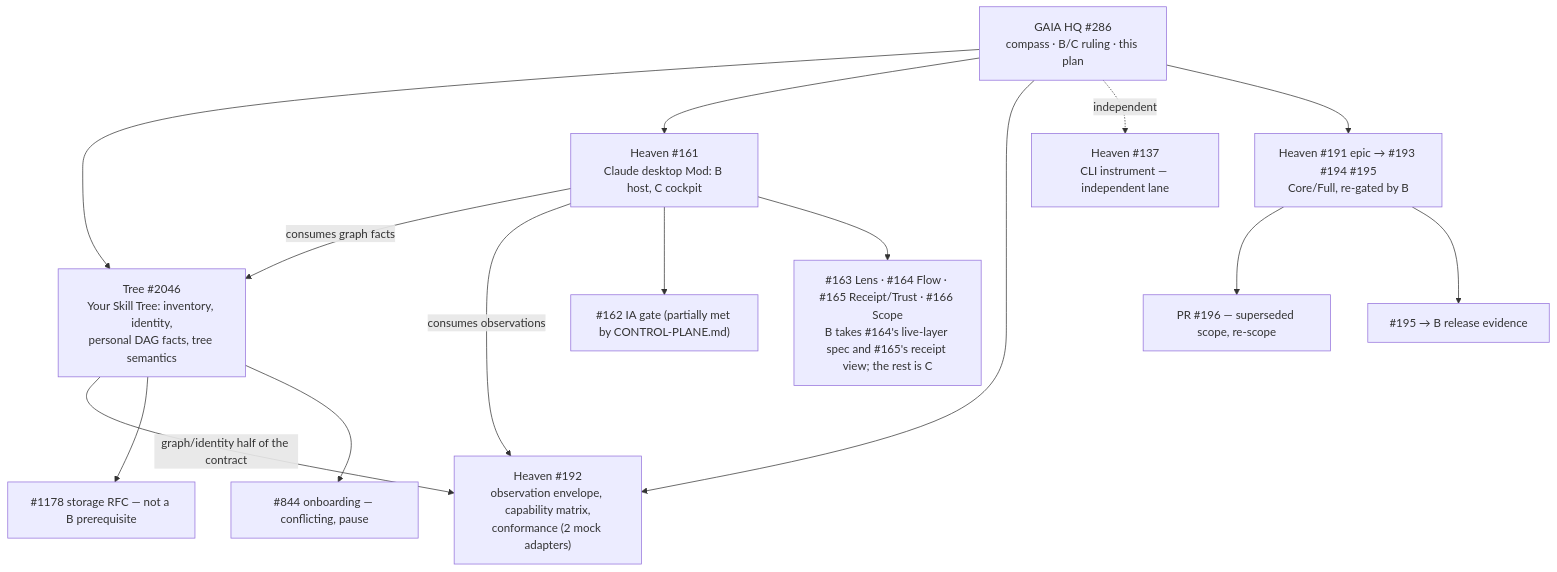
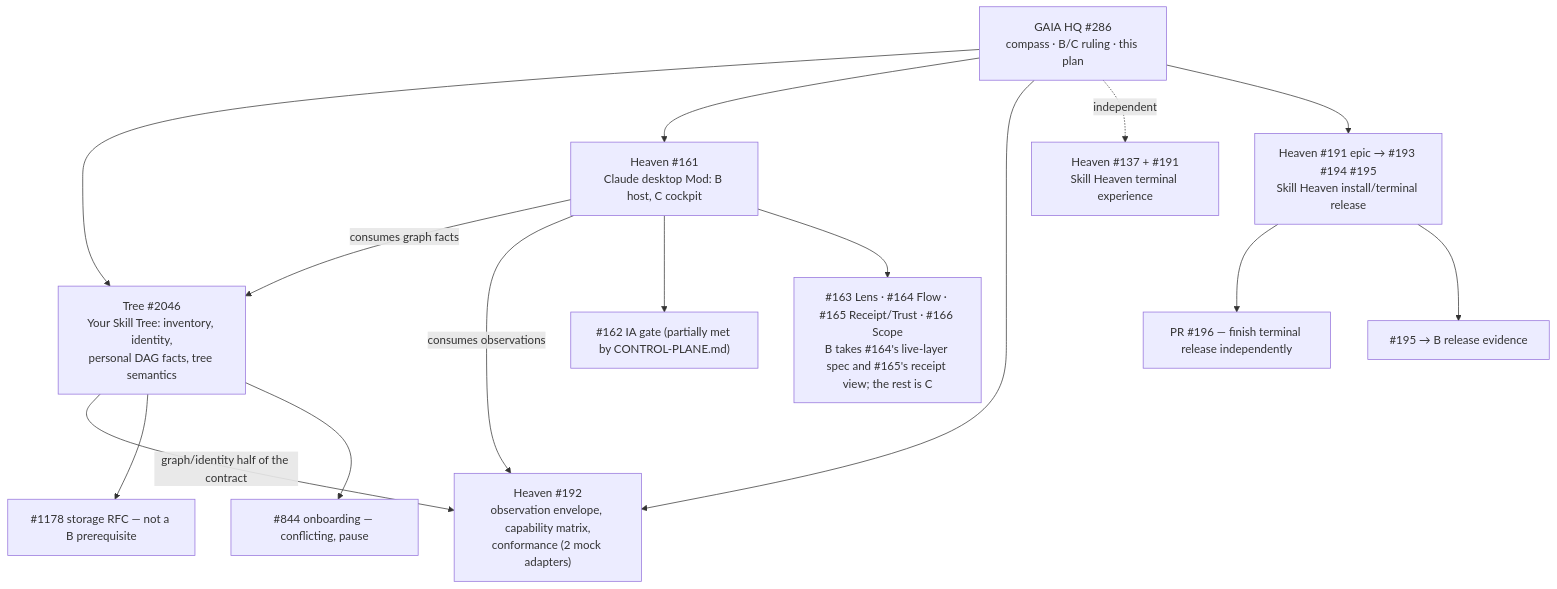
The diagram in docs/plans/living-desktop/README.md (gaia-research/gaia-research), drawn with Mermaid before and after one commit. The commit also changed other lines of this file, not shown here.

Commit message:
docs(plan): untangle Skill Heaven terminal profiles from Living Desktop gate

````diff
--- a/docs/plans/living-desktop/README.md
+++ b/docs/plans/living-desktop/README.md
@@ -157,23 +153,23 @@
 ```mermaid
 flowchart TD
   HQ["GAIA HQ #286<br/>compass · B/C ruling · this plan"]
   YST["Tree #2046<br/>Your Skill Tree: inventory, identity,<br/>personal DAG facts, tree semantics"]
   SHD["Heaven #161<br/>Claude desktop Mod: B host, C cockpit"]
   CON["Heaven #192<br/>observation envelope, capability matrix,<br/>conformance (2 mock adapters)"]
-  CLI["Heaven #137<br/>CLI instrument — independent lane"]
-  EPIC["Heaven #191 epic → #193 #194 #195<br/>Core/Full, re-gated by B"]
+  CLI["Heaven #137 + #191<br/>Skill Heaven terminal experience"]
+  EPIC["Heaven #191 epic → #193 #194 #195<br/>Skill Heaven install/terminal release"]
   HQ --> YST
   HQ --> SHD
   HQ --> CON
   HQ -. "independent" .-> CLI
   HQ --> EPIC
   YST -- "graph/identity half of the contract" --> CON
   SHD -- "consumes graph facts" --> YST
   SHD -- "consumes observations" --> CON
   SHD --> G162["#162 IA gate (partially met by CONTROL-PLANE.md)"]
   SHD --> C1["#163 Lens · #164 Flow · #165 Receipt/Trust · #166 Scope<br/>B takes #164's live-layer spec and #165's receipt view; the rest is C"]
   YST --> R1178["#1178 storage RFC — not a B prerequisite"]
   YST --> R844["#844 onboarding — conflicting, pause"]
-  EPIC --> PR196["PR #196 — superseded scope, re-scope"]
+  EPIC --> PR196["PR #196 — finish terminal release independently"]
   EPIC --> M0["#195 → B release evidence"]
 ```
````
